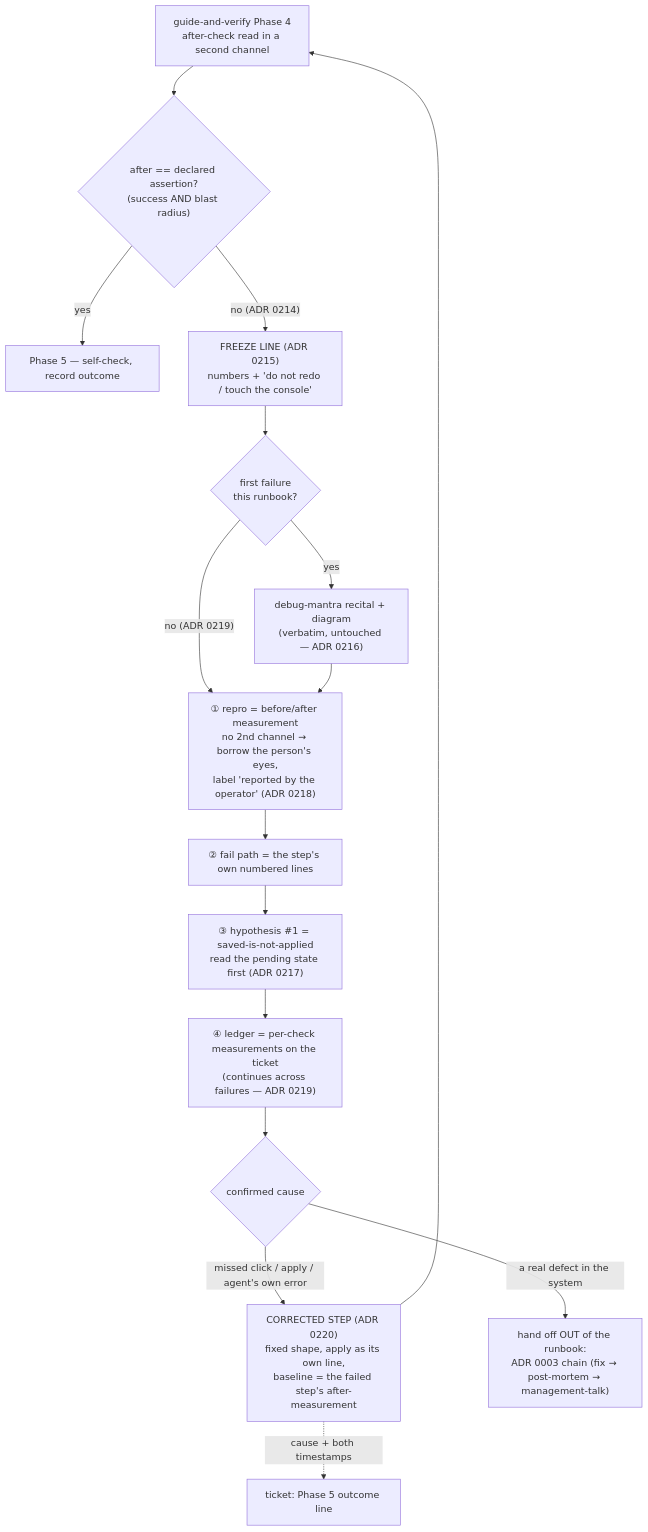
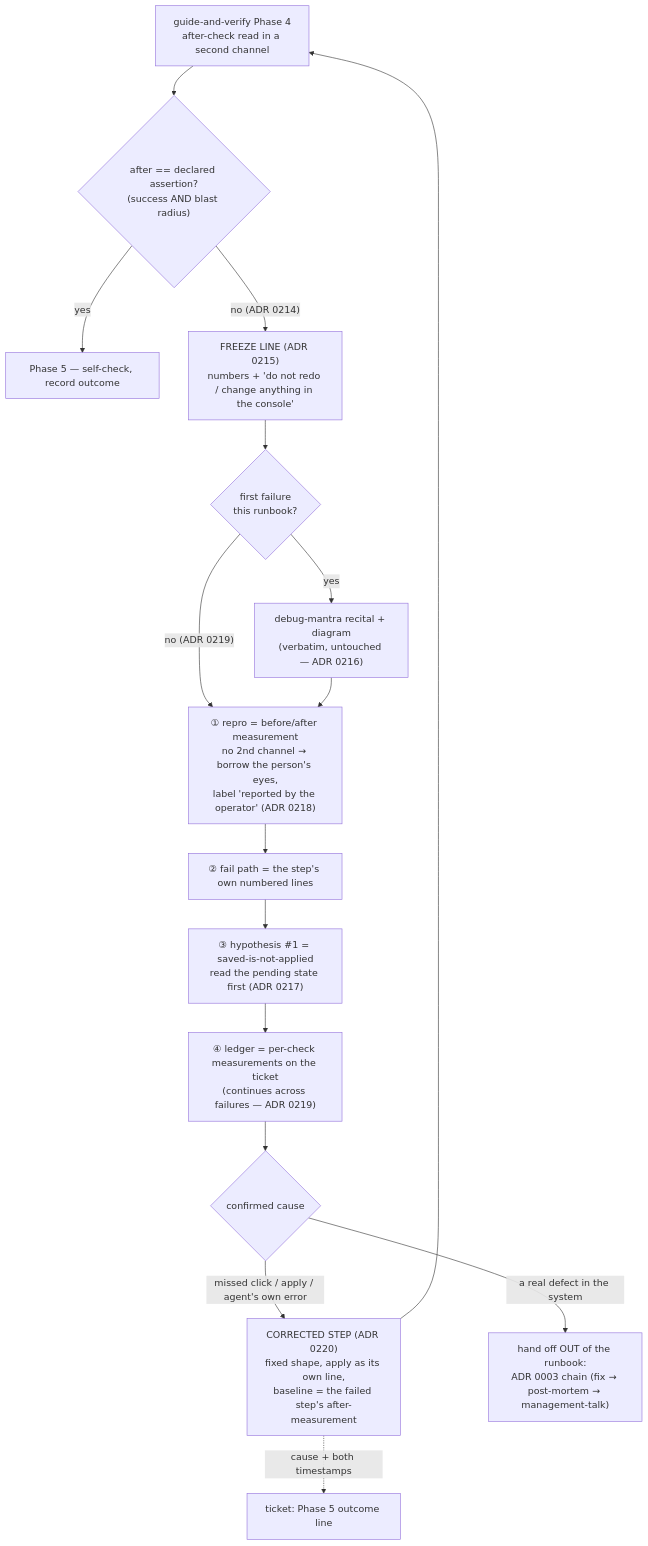
The first of 2 diagrams in docs/superpowers/specs/2026-09-14-guide-and-verify-failed-check-handoff-design.md (ThodsaphonSonthiphin/workflow-daily-work), drawn with Mermaid before and after one commit. The commit also changed other lines of this file and 6 other files, not shown here.

Commit message:
fix(guide-and-verify): the Freeze line forbids changes in the console, not looks (ADR 0221); recital claim and row ③ tightened

````diff
--- a/docs/superpowers/specs/2026-09-14-guide-and-verify-failed-check-handoff-design.md
+++ b/docs/superpowers/specs/2026-09-14-guide-and-verify-failed-check-handoff-design.md
@@ -17,18 +18,18 @@
 ```mermaid
 flowchart TD
     P4["guide-and-verify Phase 4<br/>after-check read in a second channel"] --> Q{"after == declared assertion?<br/>(success AND blast radius)"}
     Q -->|yes| P5["Phase 5 — self-check, record outcome"]
-    Q -->|"no (ADR 0214)"| FZ["FREEZE LINE (ADR 0215)<br/>numbers + 'do not redo / touch the console'"]
+    Q -->|"no (ADR 0214)"| FZ["FREEZE LINE (ADR 0215)<br/>numbers + 'do not redo / change anything in the console'"]
     FZ --> R{"first failure<br/>this runbook?"}
     R -->|yes| REC["debug-mantra recital + diagram<br/>(verbatim, untouched — ADR 0216)"]
     R -->|"no (ADR 0219)"| S1
     REC --> S1["① repro = before/after measurement<br/>no 2nd channel → borrow the person's eyes,<br/>label 'reported by the operator' (ADR 0218)"]
     S1 --> S2["② fail path = the step's own numbered lines"]
     S2 --> S3["③ hypothesis #1 = saved-is-not-applied<br/>read the pending state first (ADR 0217)"]
     S3 --> S4["④ ledger = per-check measurements on the ticket<br/>(continues across failures — ADR 0219)"]
     S4 --> C{"confirmed cause"}
     C -->|"missed click / apply / agent's own error"| CS["CORRECTED STEP (ADR 0220)<br/>fixed shape, apply as its own line,<br/>baseline = the failed step's after-measurement"]
     CS --> P4
     C -->|"a real defect in the system"| OUT["hand off OUT of the runbook:<br/>ADR 0003 chain (fix → post-mortem → management-talk)"]
     CS -. "cause + both timestamps" .-> T["ticket: Phase 5 outcome line"]
 ```
````
